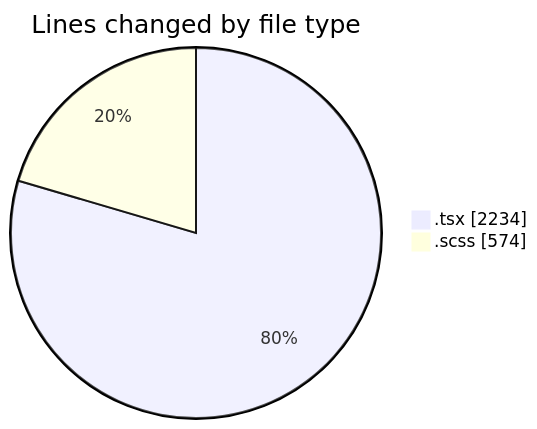
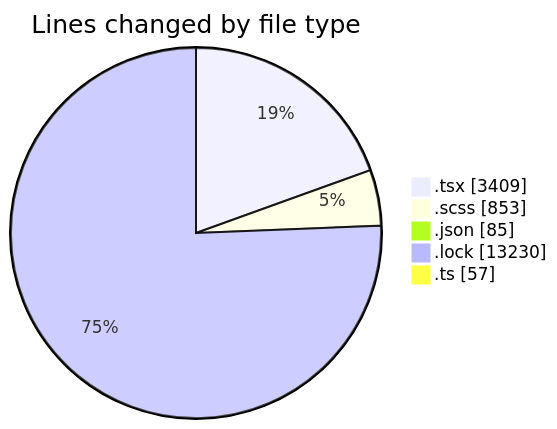
Before and after one commit to momahboobian/code-tracking: the first of 2 diagrams in 2025-10-03/cda/README.md, drawn with Mermaid. The commit also changed other lines of this file and 1 other file, not shown here.

````diff
--- a/2025-10-03/cda/README.md
+++ b/2025-10-03/cda/README.md
@@ -25,6 +30,9 @@
 ```mermaid
 pie showData
 title Lines changed by file type
-".tsx" : 2234
-".scss" : 574
+".tsx" : 3409
+".scss" : 853
+".json" : 85
+".lock" : 13230
+".ts" : 57
 ```
````
